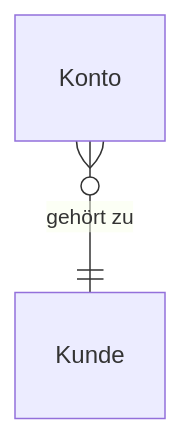
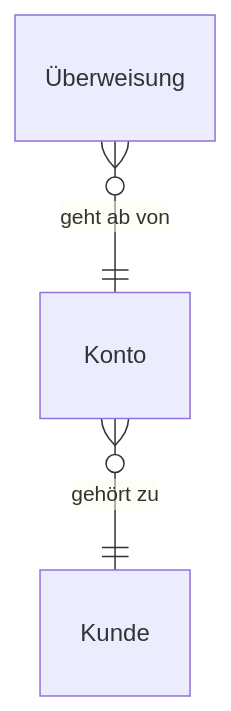
One commit to dakn85/online-banking changed the diagram in docs/entity_model.md. Above: the diagram before and after it, drawn with Mermaid. The commit also changed other lines of this file and 10 other files, not shown here.

````diff
--- a/docs/entity_model.md
+++ b/docs/entity_model.md
@@ -5,4 +5,5 @@
 ```mermaid
 erDiagram
     Konto }o--|| Kunde : "gehört zu"
+    Überweisung }o--|| Konto : "geht ab von"
 ```
````
